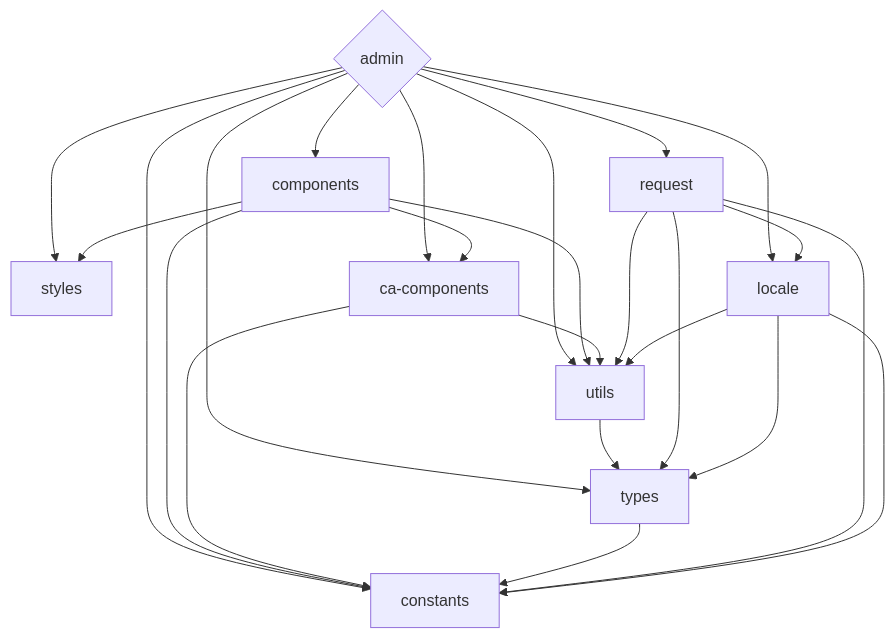
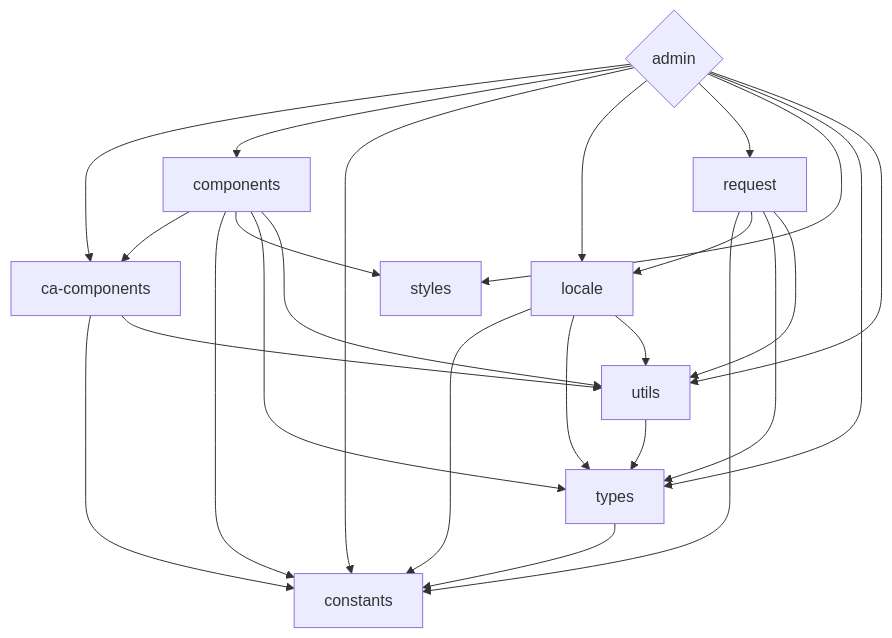
The diagram in README.md (kirklin/celeris-web), drawn with Mermaid before and after one commit. The commit also changed 1 other file, not shown here.

Commit message:
docs: update dependency relationship

````diff
--- a/README.md
+++ b/README.md
@@ -47,28 +47,35 @@
 ```mermaid
  graph TD
    admin{admin}
-   admin --> constants
-   admin --> styles
-   admin --> utils
    admin --> ca-components
    admin --> components
+   admin --> constants
+   admin --> locale
+   admin --> request
+   admin --> styles
    admin --> types
-   admin --> request
-   admin --> locale
-   utils --> types
+   admin --> utils
+   components
+   components --> ca-components
    components --> constants
+   components --> styles
+   components --> types
    components --> utils
-   components --> ca-components
-   components --> styles
+   ca-components
    ca-components --> constants
    ca-components --> utils
+   locale
+   locale --> constants
+   locale --> types
+   locale --> utils
+   request
+   request --> constants
+   request --> locale
+   request --> types
+   request --> utils
+   types
    types --> constants
-   request --> constants
-   request --> types
-   request --> utils      
-   request --> locale      
-   locale --> constants      
-   locale --> types      
-   locale --> utils      
+   utils
+   utils --> types  
    
 ```
````
